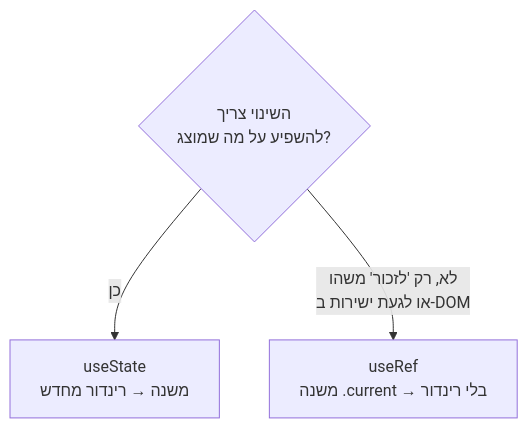
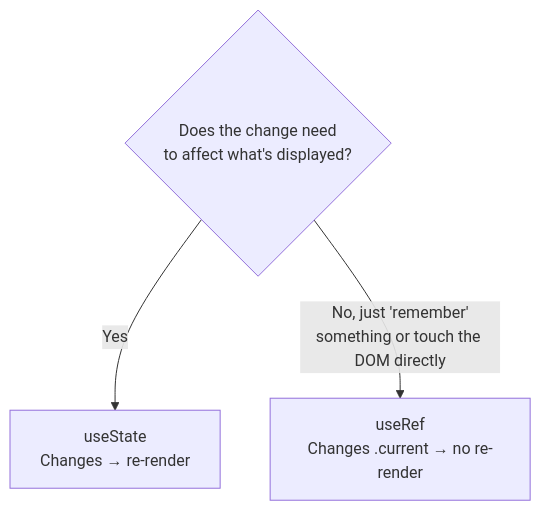
The diagram in content/docs/react/93-react-useref-content.md (neriyaMalachi/FullStack_kodkode_5), drawn with Mermaid before and after one commit. The commit also changed other lines of this file and 117 other files, not shown here.

````diff
--- a/content/docs/react/93-react-useref-content.md
+++ b/content/docs/react/93-react-useref-content.md
@@ -52,6 +52,6 @@
 ```mermaid
 flowchart TD
-    Q{"השינוי צריך<br/>להשפיע על מה שמוצג?"}
-    Q -->|"כן"| S["useState<br/>משנה → רינדור מחדש"]
-    Q -->|"לא, רק 'לזכור' משהו<br/>או לגעת ישירות ב-DOM"| R["useRef<br/>משנה .current → בלי רינדור"]
+    Q{"Does the change need<br/>to affect what's displayed?"}
+    Q -->|"Yes"| S["useState<br/>Changes → re-render"]
+    Q -->|"No, just 'remember'<br/>something or touch the DOM directly"| R["useRef<br/>Changes .current → no re-render"]
 ```
````
